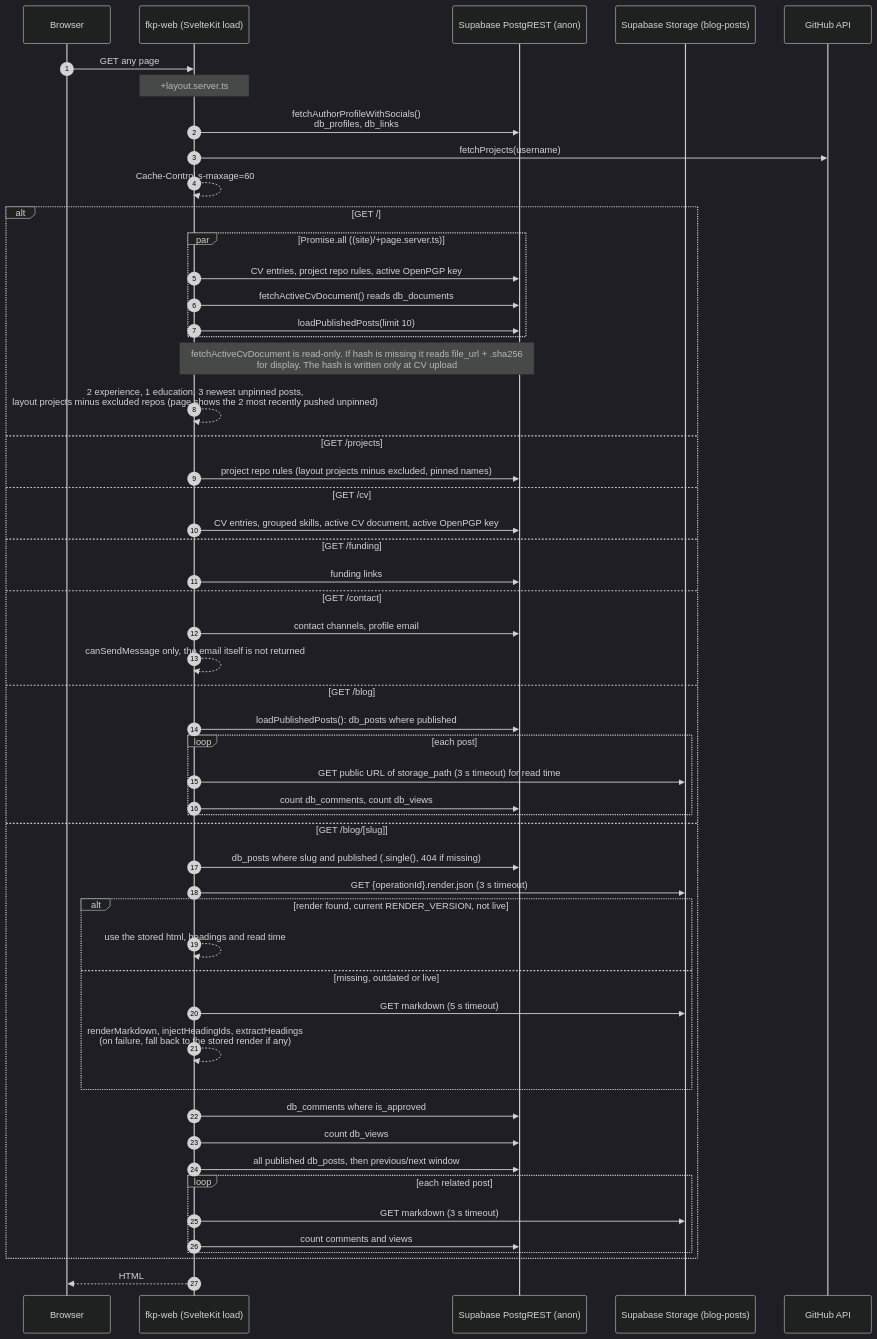
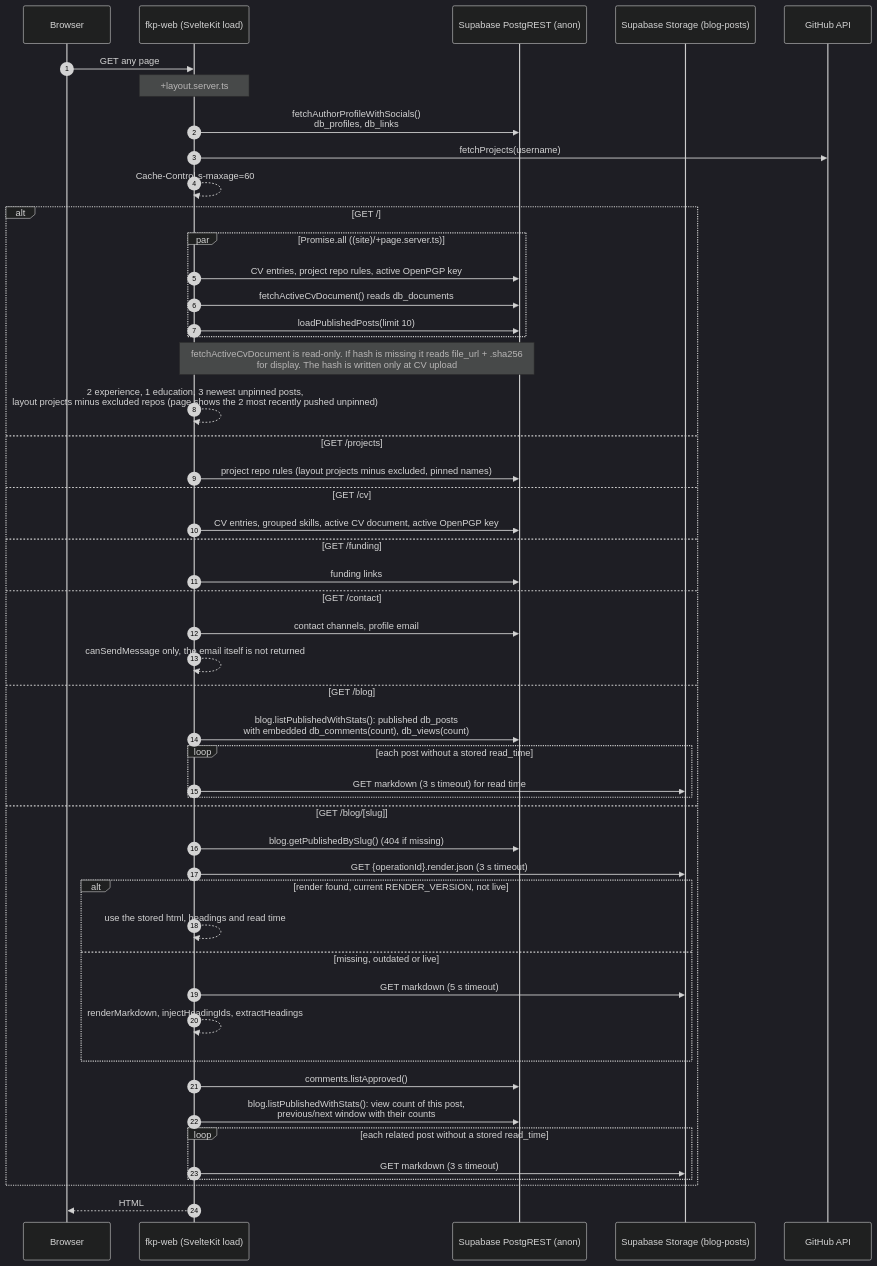
Before and after one commit to farhnkrnapratma/idstead: the diagram in docs/001-architecture/003-page-render.md, drawn with Mermaid (dark theme). The commit also changed other lines of this file and 55 other files, not shown here.

````diff
--- a/docs/001-architecture/003-page-render.md
+++ b/docs/001-architecture/003-page-render.md
@@ -5,57 +5,54 @@
 ```mermaid
 sequenceDiagram
     autonumber
     participant B as Browser
     participant W as fkp-web (SvelteKit load)
     participant DB as Supabase PostgREST (anon)
     participant ST as Supabase Storage (blog-posts)
     participant GH as GitHub API
 
     B->>W: GET any page
     Note over W: +layout.server.ts
     W->>DB: fetchAuthorProfileWithSocials()<br/>db_profiles, db_links
     W->>GH: fetchProjects(username)
     W-->>W: Cache-Control s-maxage=60
 
     alt GET /
         par Promise.all ((site)/+page.server.ts)
             W->>DB: CV entries, project repo rules, active OpenPGP key
             W->>DB: fetchActiveCvDocument() reads db_documents
             W->>DB: loadPublishedPosts(limit 10)
         end
         Note over W,DB: fetchActiveCvDocument is read-only. If hash is missing it reads file_url + .sha256<br/>for display. The hash is written only at CV upload
         W-->>W: 2 experience, 1 education, 3 newest unpinned posts,<br/>layout projects minus excluded repos (page shows the 2 most recently pushed unpinned)
     else GET /projects
         W->>DB: project repo rules (layout projects minus excluded, pinned names)
     else GET /cv
         W->>DB: CV entries, grouped skills, active CV document, active OpenPGP key
     else GET /funding
         W->>DB: funding links
     else GET /contact
         W->>DB: contact channels, profile email
         W-->>W: canSendMessage only, the email itself is not returned
     else GET /blog
-        W->>DB: loadPublishedPosts(): db_posts where published
-        loop each post
-            W->>ST: GET public URL of storage_path (3 s timeout) for read time
-            W->>DB: count db_comments, count db_views
+        W->>DB: blog.listPublishedWithStats(): published db_posts<br/>with embedded db_comments(count), db_views(count)
+        loop each post without a stored read_time
+            W->>ST: GET markdown (3 s timeout) for read time
         end
     else GET /blog/[slug]
-        W->>DB: db_posts where slug and published (.single(), 404 if missing)
+        W->>DB: blog.getPublishedBySlug() (404 if missing)
         W->>ST: GET {operationId}.render.json (3 s timeout)
         alt render found, current RENDER_VERSION, not live
             W-->>W: use the stored html, headings and read time
         else missing, outdated or live
             W->>ST: GET markdown (5 s timeout)
-            W-->>W: renderMarkdown, injectHeadingIds, extractHeadings<br/>(on failure, fall back to the stored render if any)
+            W-->>W: renderMarkdown, injectHeadingIds, extractHeadings
         end
-        W->>DB: db_comments where is_approved
-        W->>DB: count db_views
-        W->>DB: all published db_posts, then previous/next window
-        loop each related post
+        W->>DB: comments.listApproved()
+        W->>DB: blog.listPublishedWithStats(): view count of this post,<br/>previous/next window with their counts
+        loop each related post without a stored read_time
             W->>ST: GET markdown (3 s timeout)
-            W->>DB: count comments and views
         end
     end
     W-->>B: HTML
 ```
````
